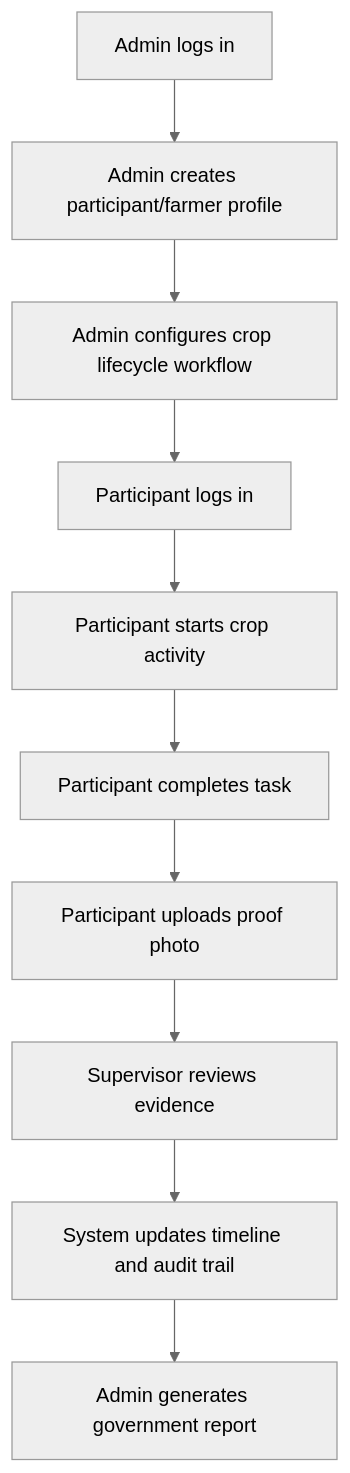
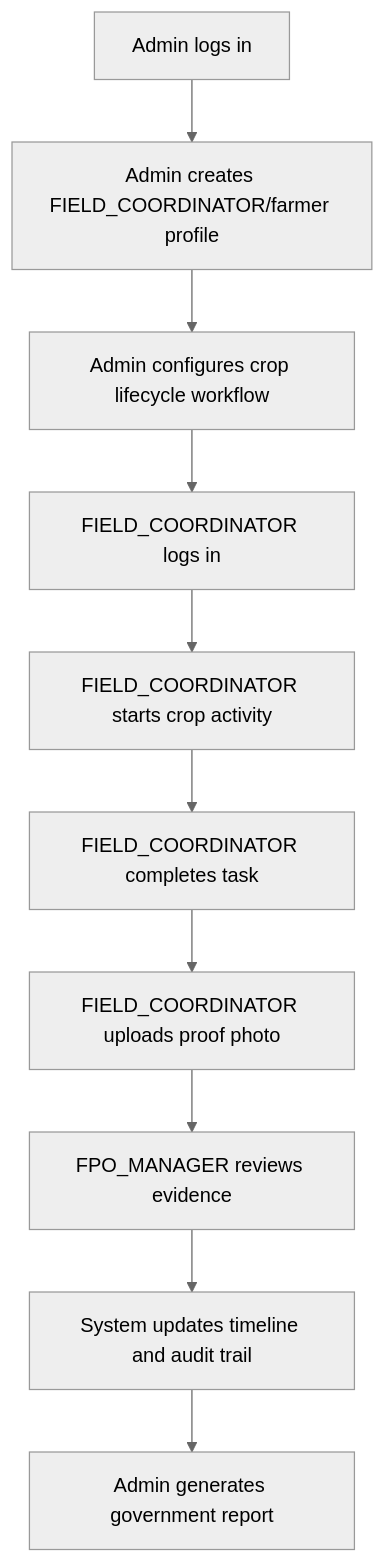
Before and after one commit to korearun5/activity-compliance: the third of 3 diagrams in docs/use-cases.md, drawn with Mermaid (neutral theme). The commit also changed other lines of this file and 104 other files, not shown here.

````diff
--- a/docs/use-cases.md
+++ b/docs/use-cases.md
@@ -324,12 +324,12 @@
 ```mermaid
 flowchart TB
-    A["Admin logs in"] --> B["Admin creates participant/farmer profile"]
+    A["Admin logs in"] --> B["Admin creates FIELD_COORDINATOR/farmer profile"]
     B --> C["Admin configures crop lifecycle workflow"]
-    C --> D["Participant logs in"]
-    D --> E["Participant starts crop activity"]
-    E --> F["Participant completes task"]
-    F --> G["Participant uploads proof photo"]
-    G --> H["Supervisor reviews evidence"]
+    C --> D["FIELD_COORDINATOR logs in"]
+    D --> E["FIELD_COORDINATOR starts crop activity"]
+    E --> F["FIELD_COORDINATOR completes task"]
+    F --> G["FIELD_COORDINATOR uploads proof photo"]
+    G --> H["FPO_MANAGER reviews evidence"]
     H --> I["System updates timeline and audit trail"]
     I --> J["Admin generates government report"]
 ```
````
